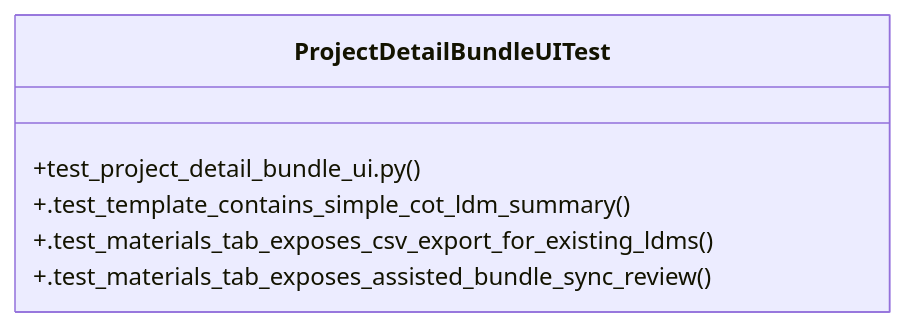
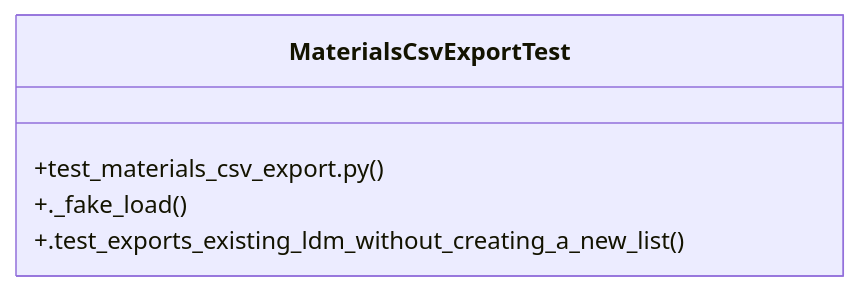
The diagram in graphify-out/wiki/Community_33.md (Daftrick/ProjectTracker), drawn with Mermaid before and after one commit. The commit also changed other lines of this file and 373 other files, not shown here.

````diff
--- a/graphify-out/wiki/Community_33.md
+++ b/graphify-out/wiki/Community_33.md
@@ -16,9 +16,8 @@
 ```mermaid
 classDiagram
-    class ProjectDetailBundleUITest {
-        +test_project_detail_bundle_ui.py()
-        +.test_template_contains_simple_cot_ldm_summary()
-        +.test_materials_tab_exposes_csv_export_for_existing_ldms()
-        +.test_materials_tab_exposes_assisted_bundle_sync_review()
+    class MaterialsCsvExportTest {
+        +test_materials_csv_export.py()
+        +._fake_load()
+        +.test_exports_existing_ldm_without_creating_a_new_list()
     }
 ```
````
